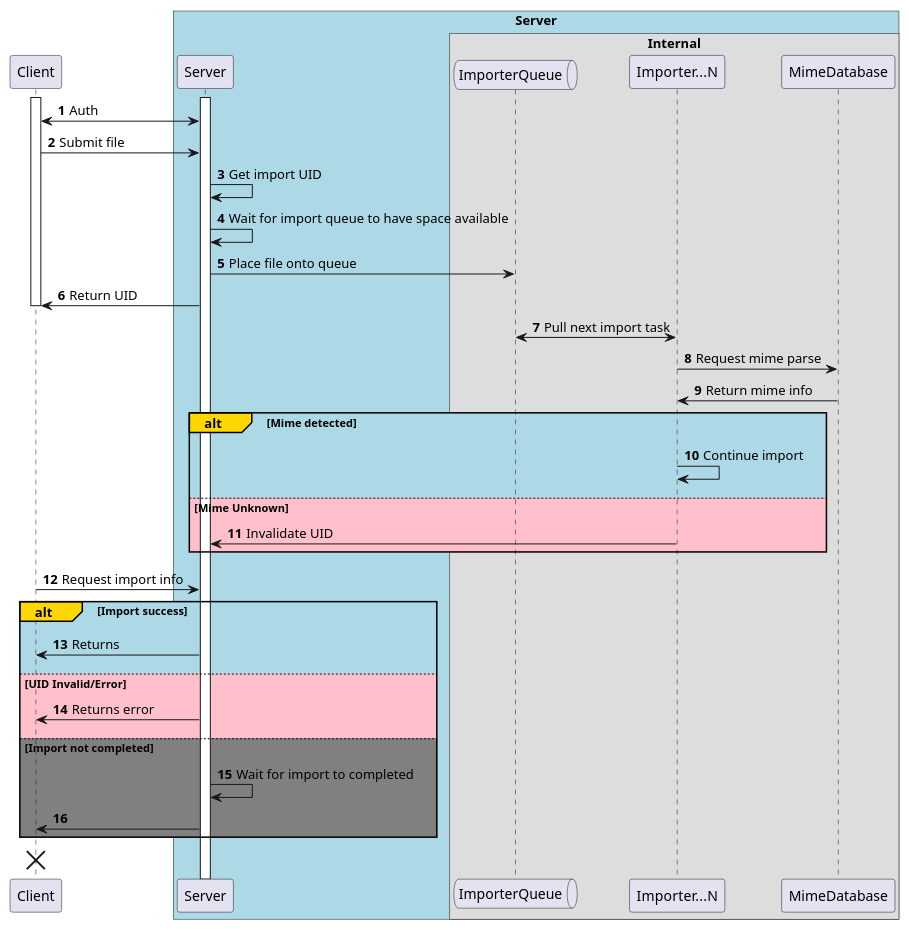
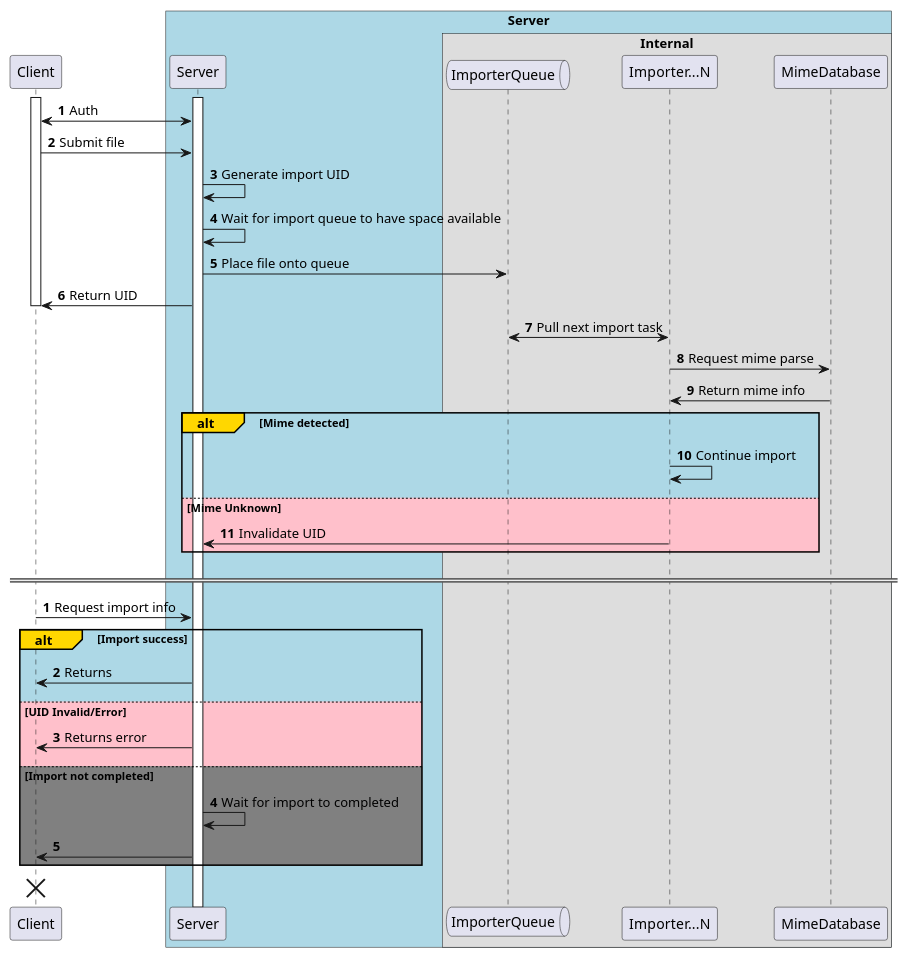
One commit to KJNeko/IDHAN changed the diagram in IDHANServer/src/docs/importing/remote.puml. Above: the diagram before and after it, drawn with PlantUML. The commit also changed 60 other files, not shown here.

```diff
--- a/IDHANServer/src/docs/importing/remote.puml
+++ b/IDHANServer/src/docs/importing/remote.puml
@@ -1,60 +1,63 @@
 @startuml
 'https://plantuml.com/sequence-diagram
 
 autonumber
 
 
 participant Client
 
 !pragma teoz true
 box "Server" #LightBlue
 participant Server
 box "Internal"
 queue ImporterQueue as Queue
 participant Importer...N as Importer
 participant MimeDatabase
 end box
 
 end box
 
 activate Client
 activate Server
 
 Client <-> Server: Auth
 
 Client -> Server: Submit file
-Server -> Server: Get import UID
+Server -> Server: Generate import UID
 
 Server -> Server: Wait for import queue to have space available
 Server -> Queue: Place file onto queue
 
 Server -> Client: Return UID
 
 deactivate Client
 
 Queue <-> Importer: Pull next import task
 Importer -> MimeDatabase: Request mime parse
 
 MimeDatabase -> Importer: Return mime info
 
 alt#Gold #LightBlue Mime detected
 Importer -> Importer: Continue import
 else #Pink Mime Unknown
 Importer -> Server: Invalidate UID
 end
 
+==  ==
+
+autonumber
 
 Client -> Server: Request import info
 alt#Gold #LightBlue Import success
 Server -> Client: Returns
 else #Pink UID Invalid/Error
 Server -> Client: Returns error
 else #Grey Import not completed
 Server -> Server: Wait for import to completed
 Server -> Client:
 end
 
 
 destroy Client
 
 @enduml
```
